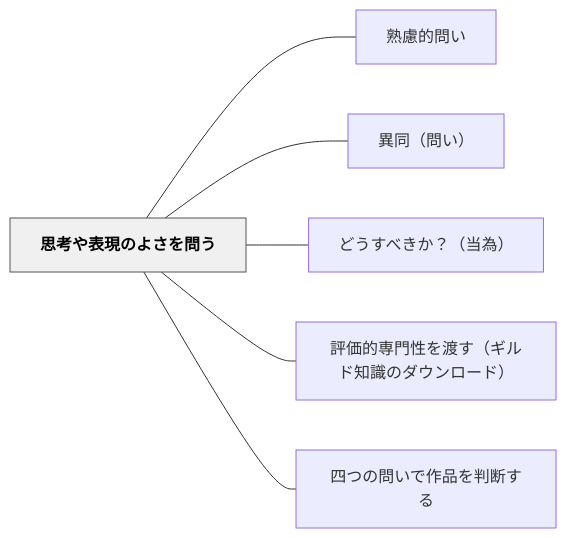
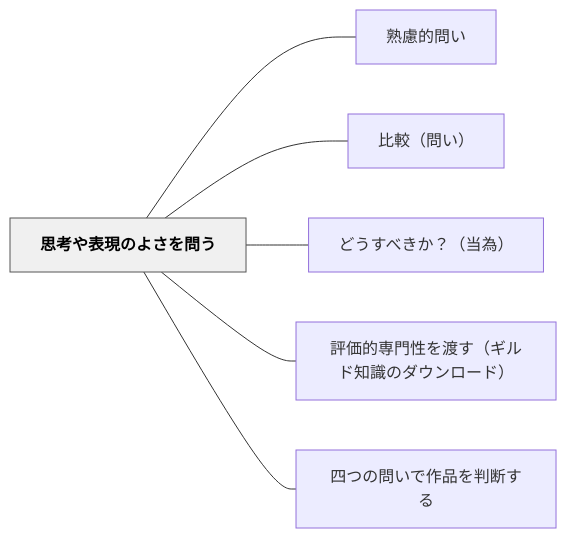
The diagram in content/パタン/思考や表現のよさを問う.md (unknownthings-ed-patterns/unknownthings-ed-patterns), drawn with Mermaid before and after one commit. The commit also changed other lines of this file and 9 other files, not shown here.

````diff
--- a/content/パタン/思考や表現のよさを問う.md
+++ b/content/パタン/思考や表現のよさを問う.md
@@ -43,18 +43,18 @@
 ```mermaid
 flowchart LR
     ne6809de88083e38284e8a1a8e78fbee381aee38288e38195e38292e5958fe38186["思考や表現のよさを問う"]
     ne7869fe685aee79a84e5958fe38184["熟慮的問い"]
-    ne795b0e5908cefbc88e5958fe38184efbc89["異同（問い）"]
+    ne6af94e8bc83efbc88e5958fe38184efbc89["比較（問い）"]
     ne381a9e38186e38199e381b9e3818de3818befbc9fefbc88e5bd93e782baefbc89["どうすべきか？（当為）"]
     ne8a995e4bea1e79a84e5b082e99680e680a7e38292e6b8a1e38199efbc88e382aee383abe38389e79fa5e8ad98e381aee38380e382a6e383b3e383ade383bce38389efbc89["評価的専門性を渡す（ギルド知識のダウンロード）"]
     ne59b9be381a4e381aee5958fe38184e381a7e4bd9ce59381e38292e588a4e696ade38199e3828b["四つの問いで作品を判断する"]
 
     ne6809de88083e38284e8a1a8e78fbee381aee38288e38195e38292e5958fe38186 --- ne7869fe685aee79a84e5958fe38184
-    ne6809de88083e38284e8a1a8e78fbee381aee38288e38195e38292e5958fe38186 --- ne795b0e5908cefbc88e5958fe38184efbc89
+    ne6809de88083e38284e8a1a8e78fbee381aee38288e38195e38292e5958fe38186 --- ne6af94e8bc83efbc88e5958fe38184efbc89
     ne6809de88083e38284e8a1a8e78fbee381aee38288e38195e38292e5958fe38186 --- ne381a9e38186e38199e381b9e3818de3818befbc9fefbc88e5bd93e782baefbc89
     ne6809de88083e38284e8a1a8e78fbee381aee38288e38195e38292e5958fe38186 --- ne8a995e4bea1e79a84e5b082e99680e680a7e38292e6b8a1e38199efbc88e382aee383abe38389e79fa5e8ad98e381aee38380e382a6e383b3e383ade383bce38389efbc89
     ne6809de88083e38284e8a1a8e78fbee381aee38288e38195e38292e5958fe38186 --- ne59b9be381a4e381aee5958fe38184e381a7e4bd9ce59381e38292e588a4e696ade38199e3828b
 
     classDef hub fill:#f0f0f0,stroke:#555,color:#000,font-weight:bold
     class ne6809de88083e38284e8a1a8e78fbee381aee38288e38195e38292e5958fe38186 hub
 ```
````
